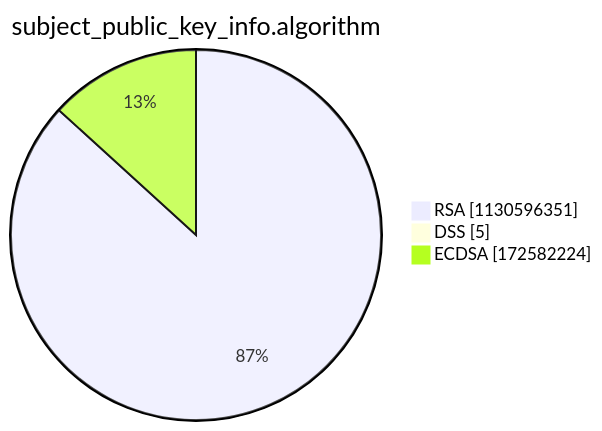
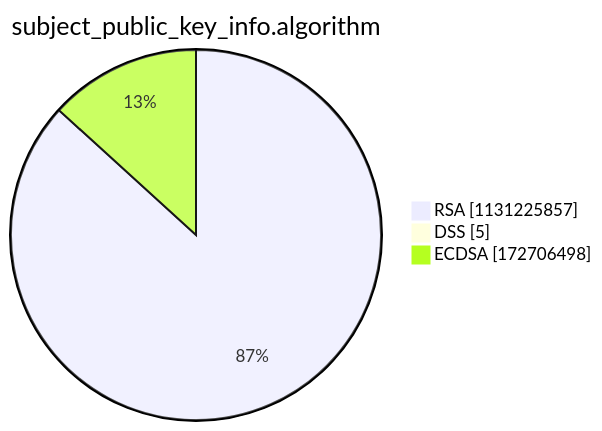
The third of 15 diagrams in argon2022/README.md (christiankrug/ctmonitor_visualization), drawn with Mermaid before and after one commit. The commit also changed other lines of this file, not shown here.

````diff
--- a/argon2022/README.md
+++ b/argon2022/README.md
@@ -14,7 +14,7 @@
 ```mermaid
 pie showData
 title subject_public_key_info.algorithm
-"RSA" :1130596351
+"RSA" :1131225857
 "DSS" :5
-"ECDSA" :172582224
+"ECDSA" :172706498
 ```
````
